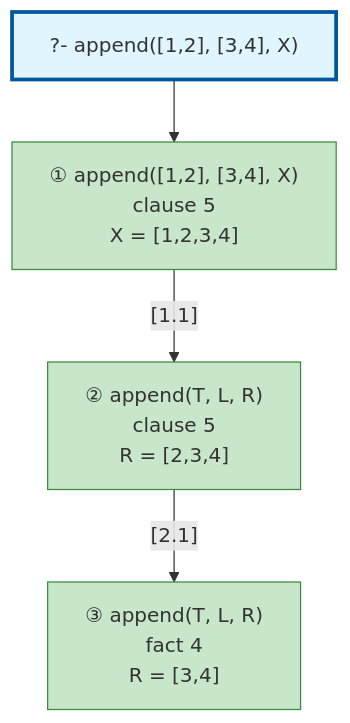
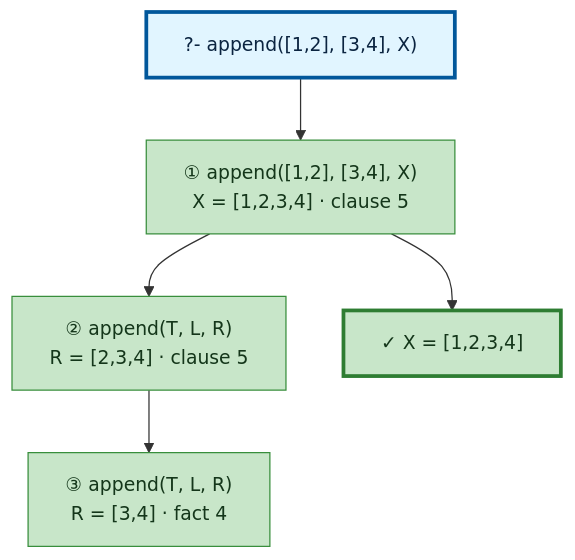
One commit to textologylabs/prolog-trace-viz changed the diagram in examples/append-output.md. Above: the diagram before and after it, drawn with Mermaid. The commit also changed 8 other files, not shown here.

First line of the commit message:
✨ render the call tree as an execution flow with backtracking loops

````diff
--- a/examples/append-output.md
+++ b/examples/append-output.md
@@ -50,20 +50,24 @@
 ```mermaid
+%%{init: {'flowchart': {'nodeSpacing': 46, 'rankSpacing': 50}, 'themeVariables': {'fontSize': '15px'}}}%%
 graph TD
 
 %% Nodes
 A["?- append([1,2], [3,4], X)"]
-B["① append([1,2], [3,4], X)<br/>clause 5<br/>X = [1,2,3,4]"]
-C["② append(T, L, R)<br/>clause 5<br/>R = [2,3,4]"]
-D["③ append(T, L, R)<br/>fact 4<br/>R = [3,4]"]
+B["① append([1,2], [3,4], X)<br/>X = [1,2,3,4] · clause 5"]
+C["② append(T, L, R)<br/>R = [2,3,4] · clause 5"]
+D["③ append(T, L, R)<br/>R = [3,4] · fact 4"]
+E["✓ X = [1,2,3,4]"]
 
-%% Edges
+%% Flow
 A --> B
-B -->|"[1.1]"| C
-C -->|"[2.1]"| D
+B --> C
+C --> D
+B --> E
 
 %% Styles
-style A fill:#e1f5ff,stroke:#01579b,stroke-width:3px
-style B fill:#c8e6c9,stroke:#388e3c
-style C fill:#c8e6c9,stroke:#388e3c
-style D fill:#c8e6c9,stroke:#388e3c
+style A fill:#e1f5ff,stroke:#01579b,stroke-width:3px,color:#0b2440
+style B fill:#c8e6c9,stroke:#388e3c,color:#14361a
+style C fill:#c8e6c9,stroke:#388e3c,color:#14361a
+style D fill:#c8e6c9,stroke:#388e3c,color:#14361a
+style E fill:#c8e6c9,stroke:#2e7d32,stroke-width:3px,color:#14361a
 ```
````
